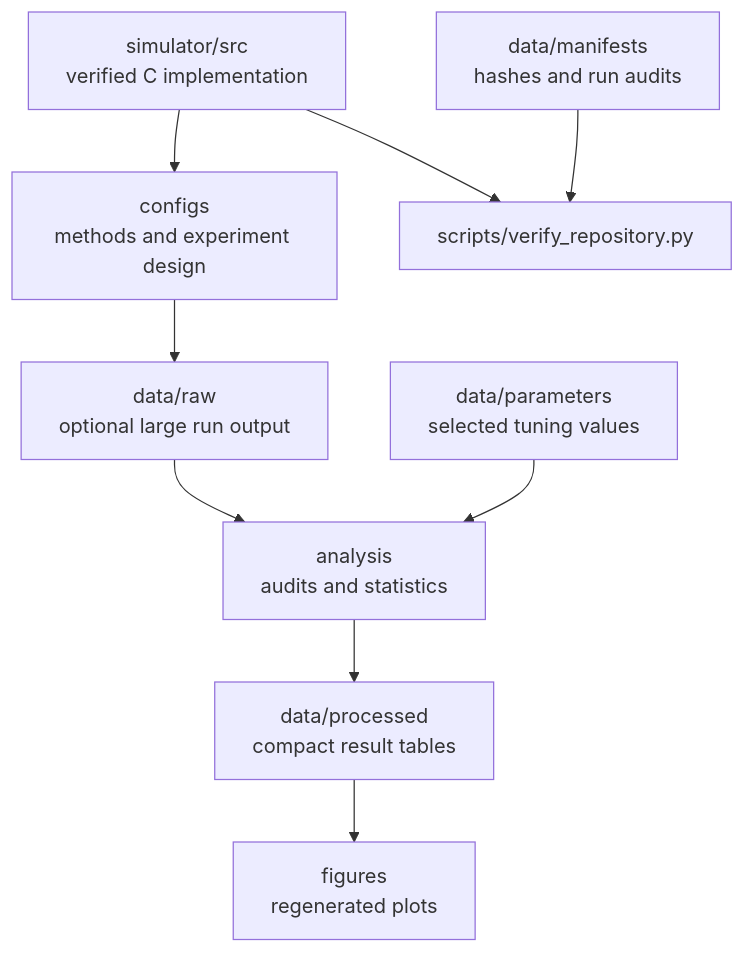
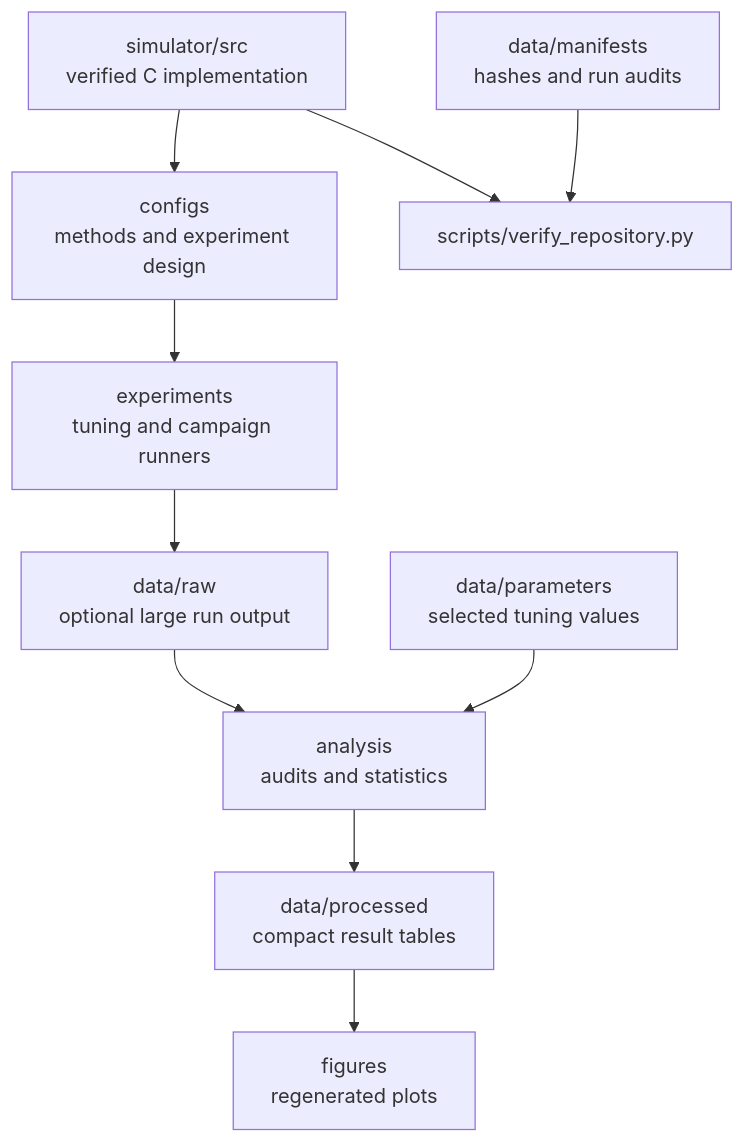
Before and after one commit to MaryamKebari/pta-swarm-task-allocation: the diagram in docs/REPOSITORY_MAP.md, drawn with Mermaid. The commit also changed other lines of this file and 53 other files, not shown here.

````diff
--- a/docs/REPOSITORY_MAP.md
+++ b/docs/REPOSITORY_MAP.md
@@ -7,11 +7,12 @@
 ```mermaid
 flowchart TD
     S[simulator/src<br/>verified C implementation] --> C[configs<br/>methods and experiment design]
-    C --> R[data/raw<br/>optional large run output]
+    C --> E[experiments<br/>tuning and campaign runners]
+    E --> R[data/raw<br/>optional large run output]
     R --> A[analysis<br/>audits and statistics]
     P[data/parameters<br/>selected tuning values] --> A
     A --> D[data/processed<br/>compact result tables]
     D --> F[figures<br/>regenerated plots]
     M[data/manifests<br/>hashes and run audits] --> V[scripts/verify_repository.py]
     S --> V
 ```
````
